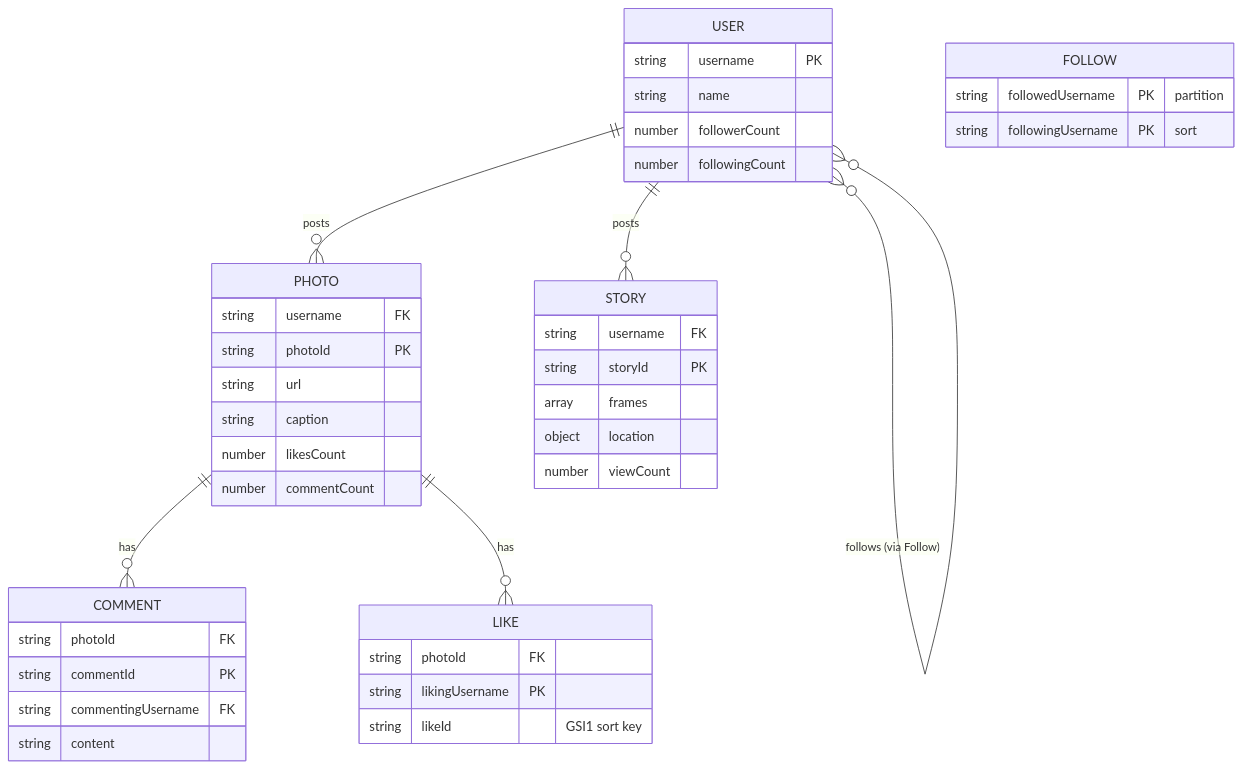
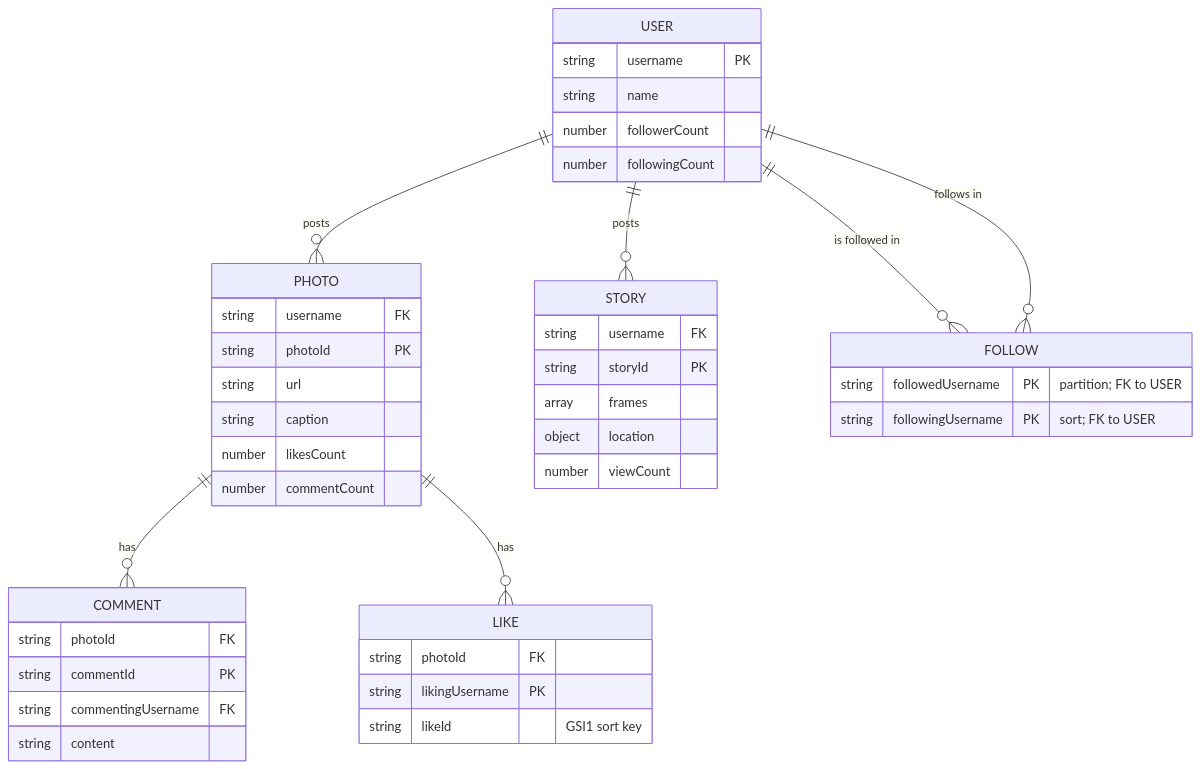
The diagram in apps/docs/docs/examples/instagram-clone.md (ftschopp/dynatable), drawn with Mermaid before and after one commit. The commit also changed other lines of this file, not shown here.

Commit message:
docs(instagram-clone): model Follow as a join entity in ER (#51)
* docs(instagram-clone): model Follow as a join entity in ER diagram

The previous ER used USER }o--o{ USER for the follow relationship, which
rendered as a self-loop and left the FOLLOW entity floating disconnected
on the right side of the diagram.

Replace with two USER ||--o{ FOLLOW relationships ("is followed in" /
"follows in") so FOLLOW connects visually as the join table it is, and
mark its columns as PK,FK to make the foreign keys to USER explicit.

* fix(docs): drop unsupported PK,FK qualifier from Mermaid erDiagram

Mermaid erDiagram does not accept comma-separated key qualifiers like
PK,FK — that triggers a render-time parse error. Use PK only and move
the FK note into the attribute comment.

````diff
--- a/apps/docs/docs/examples/instagram-clone.md
+++ b/apps/docs/docs/examples/instagram-clone.md
@@ -13,45 +13,46 @@
 ```mermaid
 erDiagram
-    USER   ||--o{ PHOTO   : "posts"
-    USER   ||--o{ STORY   : "posts"
-    PHOTO  ||--o{ COMMENT : "has"
-    PHOTO  ||--o{ LIKE    : "has"
-    USER   }o--o{ USER    : "follows (via Follow)"
+    USER  ||--o{ PHOTO   : "posts"
+    USER  ||--o{ STORY   : "posts"
+    PHOTO ||--o{ COMMENT : "has"
+    PHOTO ||--o{ LIKE    : "has"
+    USER  ||--o{ FOLLOW  : "is followed in"
+    USER  ||--o{ FOLLOW  : "follows in"
 
     USER {
         string username PK
         string name
         number followerCount
         number followingCount
     }
     PHOTO {
         string username FK
         string photoId PK
         string url
         string caption
         number likesCount
         number commentCount
     }
     STORY {
         string username FK
         string storyId PK
         array  frames
         object location
         number viewCount
     }
     COMMENT {
         string photoId FK
         string commentId PK
         string commentingUsername FK
         string content
     }
     LIKE {
         string photoId FK
         string likingUsername PK
         string likeId "GSI1 sort key"
     }
     FOLLOW {
-        string followedUsername PK "partition"
-        string followingUsername PK "sort"
+        string followedUsername  PK "partition; FK to USER"
+        string followingUsername PK "sort; FK to USER"
     }
 ```
````
